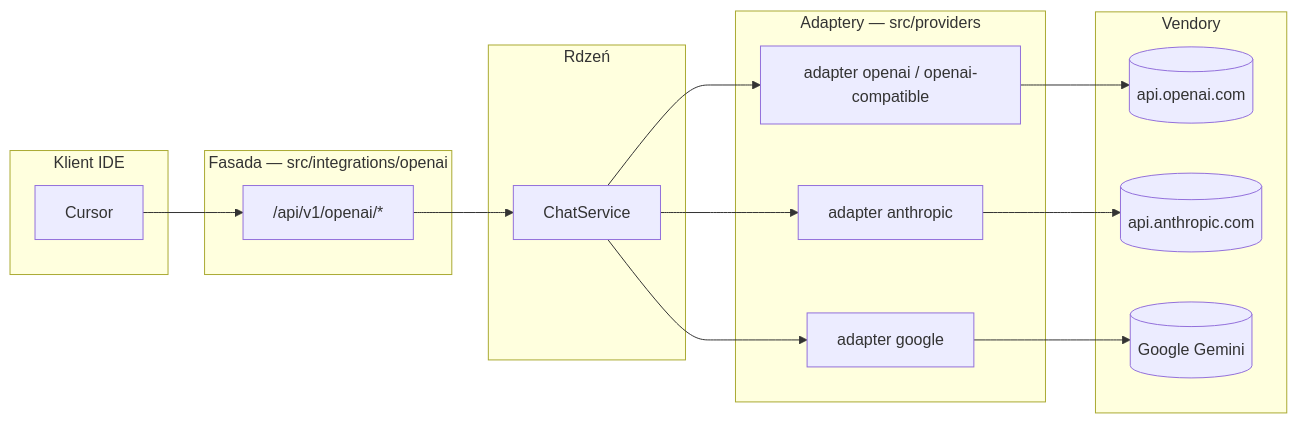
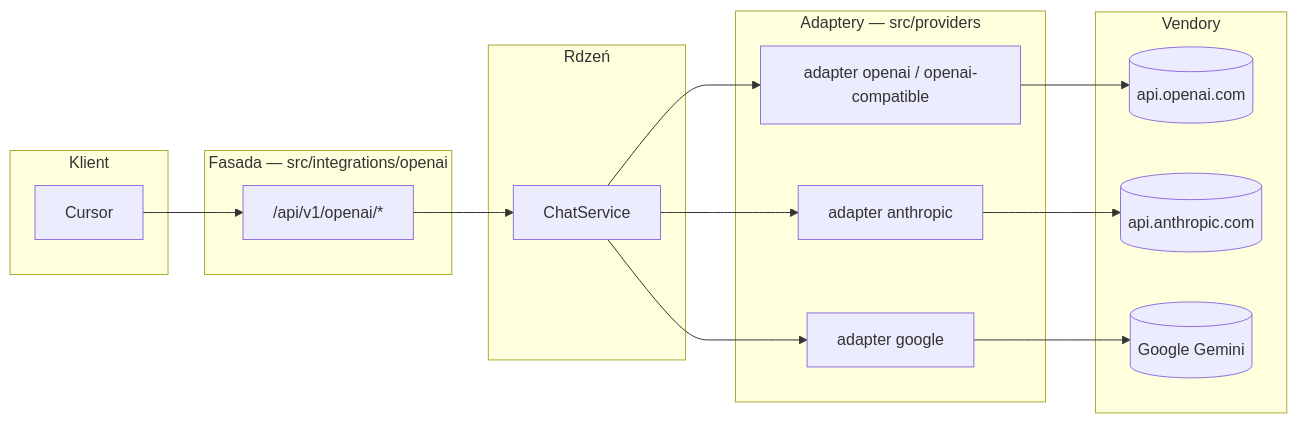
The first of 2 diagrams in docs/pl/integracje.md (matej2314/ai-provider-gateway), drawn with Mermaid before and after one commit. The commit also changed other lines of this file and 271 other files, not shown here.

````diff
--- a/docs/pl/integracje.md
+++ b/docs/pl/integracje.md
@@ -18,27 +18,27 @@
 ```mermaid
 flowchart LR
-  subgraph client [Klient IDE]
+  subgraph client [Klient]
     Cursor[Cursor]
   end
   subgraph facade [Fasada — src/integrations/openai]
     Routes["/api/v1/openai/*"]
   end
   subgraph core [Rdzeń]
     Chat[ChatService]
   end
   subgraph runtime [Adaptery — src/providers]
     Anthropic[adapter anthropic]
     Google[adapter google]
     OpenAIAdapter["adapter openai / openai-compatible"]
   end
   subgraph vendors [Vendory]
     OAI[(api.openai.com)]
     Ant[(api.anthropic.com)]
     Gem[(Google Gemini)]
   end
 
   Cursor --> Routes --> Chat
   Chat --> Anthropic --> Ant
   Chat --> Google --> Gem
   Chat --> OpenAIAdapter --> OAI
 ```
````
